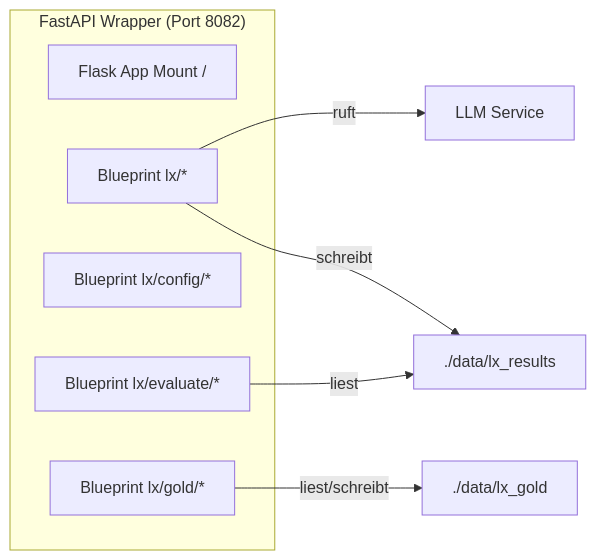
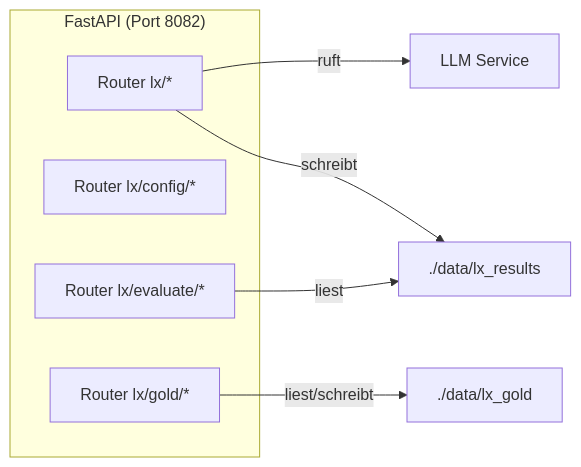
The fifth of 5 diagrams in docs/architecture/C4.md (Flissel/-req-orchestrator), drawn with Mermaid before and after one commit. The commit also changed other lines of this file and 18 other files, not shown here.

First line of the commit message:
docs: remove stale internal docs and fix 305 backend_app/Flask/Gunicorn refs

````diff
--- a/docs/architecture/C4.md
+++ b/docs/architecture/C4.md
@@ -106,15 +106,14 @@
 ```mermaid
 flowchart LR
-  subgraph "FastAPI Wrapper (Port 8082)"
-    flask_mount["Flask App Mount /"]
-    lx_api["Blueprint lx/*"]
-    config_api["Blueprint lx/config/*"]
-    gold_api["Blueprint lx/gold/*"]
-    eval_api["Blueprint lx/evaluate/*"]
+  subgraph "FastAPI (Port 8082)"
+    lx_api["Router lx/*"]
+    config_api["Router lx/config/*"]
+    gold_api["Router lx/gold/*"]
+    eval_api["Router lx/evaluate/*"]
   end
 
   lx_api -->|ruft| llm_service["LLM Service"]
   lx_api -->|schreibt| res_dir["./data/lx_results"]
   gold_api -->|liest/schreibt| gold_dir["./data/lx_gold"]
   eval_api -->|liest| res_dir
 ```
````
